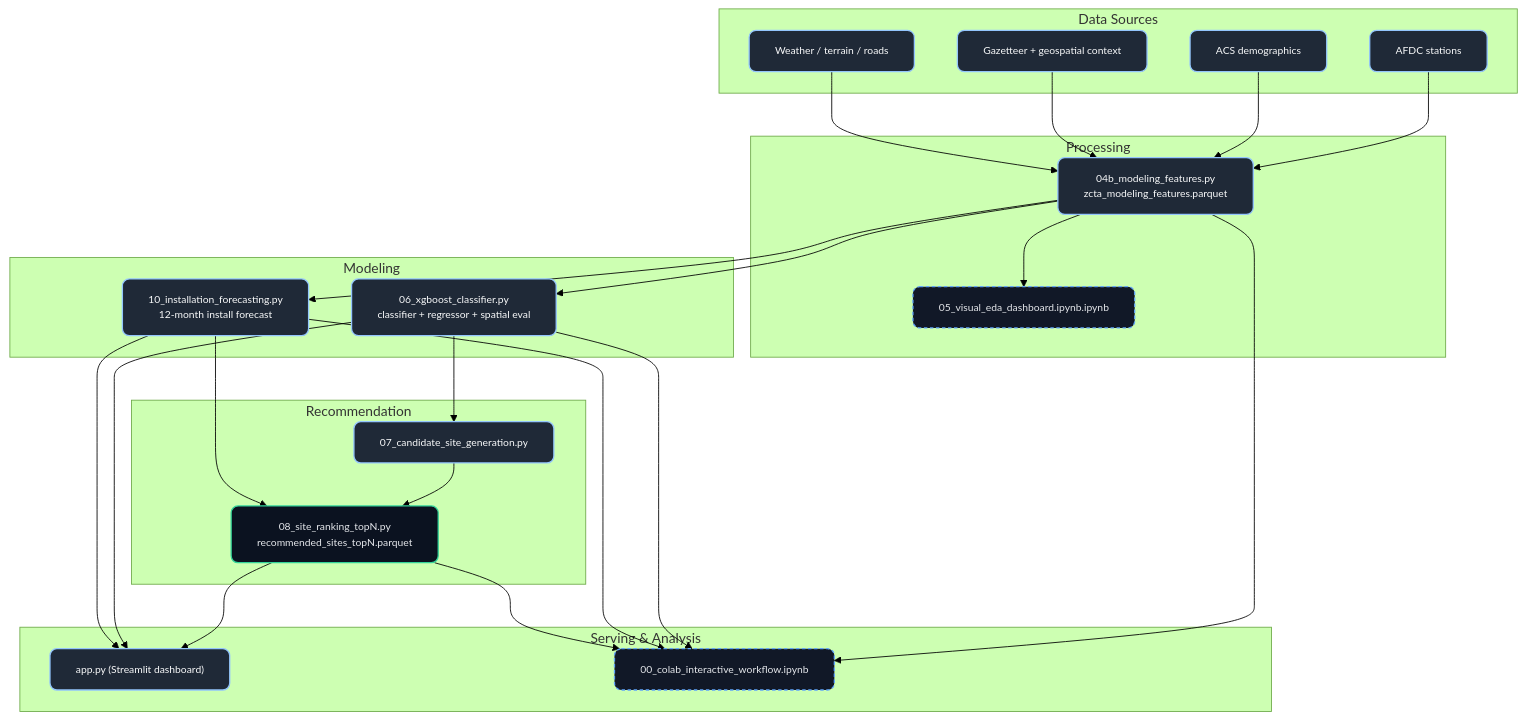
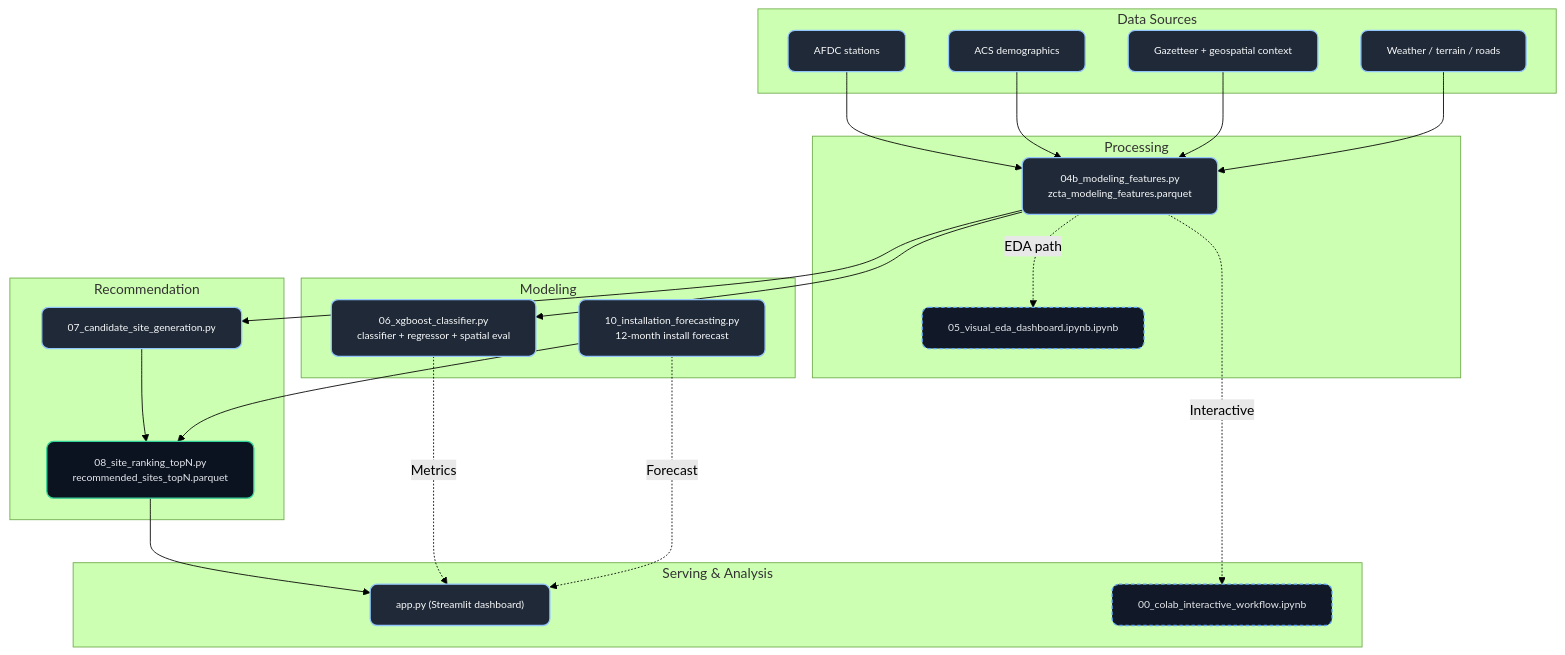
The first of 4 diagrams in README.md (ev-grid-analytics/ev-charging-analysis), drawn with Mermaid (forest theme) before and after one commit. The commit also changed other lines of this file, not shown here.

Commit message:
refine architecture diagram flow and document foundational notebooks

````diff
--- a/README.md
+++ b/README.md
@@ -22,54 +22,53 @@
 ```mermaid
 flowchart TB
   classDef node fill:#1f2937,stroke:#93c5fd,color:#f9fafb,stroke-width:1.5px,rx:8,ry:8,font-size:12px;
   classDef notebook fill:#111827,stroke:#60a5fa,color:#e5e7eb,stroke-width:1.5px,stroke-dasharray: 4 3,rx:8,ry:8,font-size:12px;
   classDef artifact fill:#0b1220,stroke:#34d399,color:#e5e7eb,stroke-width:1.5px,rx:8,ry:8,font-size:12px;
 
   subgraph SRC["Data Sources"]
     AFDC["AFDC stations"]
     ACS["ACS demographics"]
     GEO["Gazetteer + geospatial context"]
     EXT["Weather / terrain / roads"]
   end
 
   subgraph PROC["Processing"]
     F04B["04b_modeling_features.py\nzcta_modeling_features.parquet"]
     EDA["05_visual_eda_dashboard.ipynb.ipynb"]
   end
 
   subgraph MODEL["Modeling"]
     M06["06_xgboost_classifier.py\nclassifier + regressor + spatial eval"]
     M10["10_installation_forecasting.py\n12-month install forecast"]
   end
 
   subgraph REC["Recommendation"]
     C07["07_candidate_site_generation.py"]
     R08["08_site_ranking_topN.py\nrecommended_sites_topN.parquet"]
   end
 
   subgraph UX["Serving & Analysis"]
     APP["app.py (Streamlit dashboard)"]
     COLAB["00_colab_interactive_workflow.ipynb"]
   end
 
   AFDC --> F04B
   ACS --> F04B
   GEO --> F04B
   EXT --> F04B
-  F04B --> EDA
+
   F04B --> M06
-  F04B --> M10
-  M06 --> C07 --> R08
+  F04B --> C07
+  C07 --> R08
   M10 --> R08
   R08 --> APP
-  M06 --> APP
-  M10 --> APP
-  F04B --> COLAB
-  M06 --> COLAB
-  M10 --> COLAB
-  R08 --> COLAB
+
+  F04B -. EDA path .-> EDA
+  F04B -. Interactive .-> COLAB
+  M06 -. Metrics .-> APP
+  M10 -. Forecast .-> APP
 
   class AFDC,ACS,GEO,EXT,F04B,M06,M10,C07,APP node
   class EDA,COLAB notebook
   class R08 artifact
 ```
````
